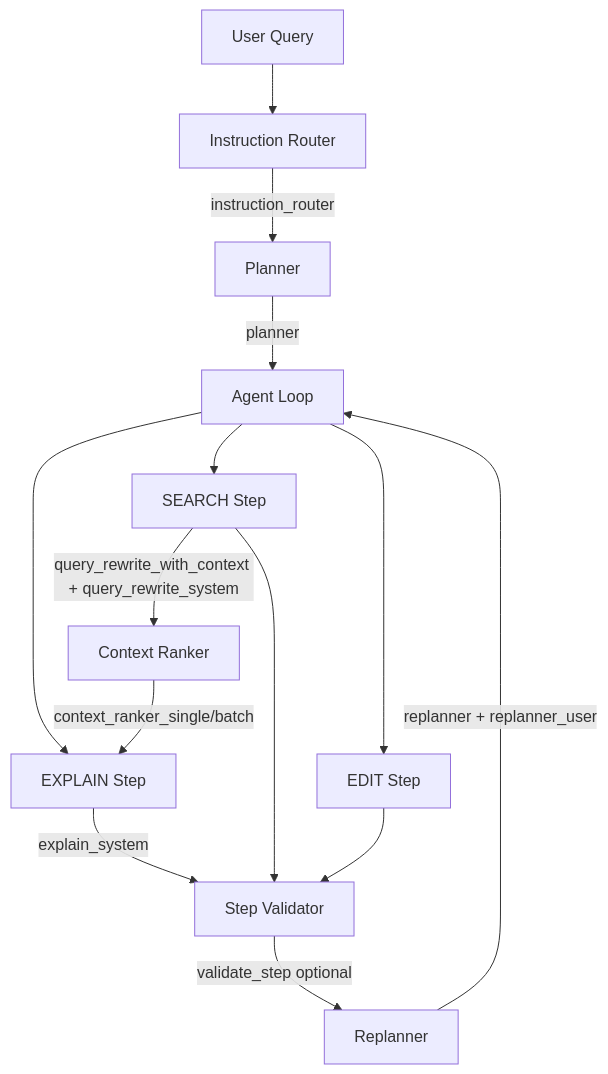
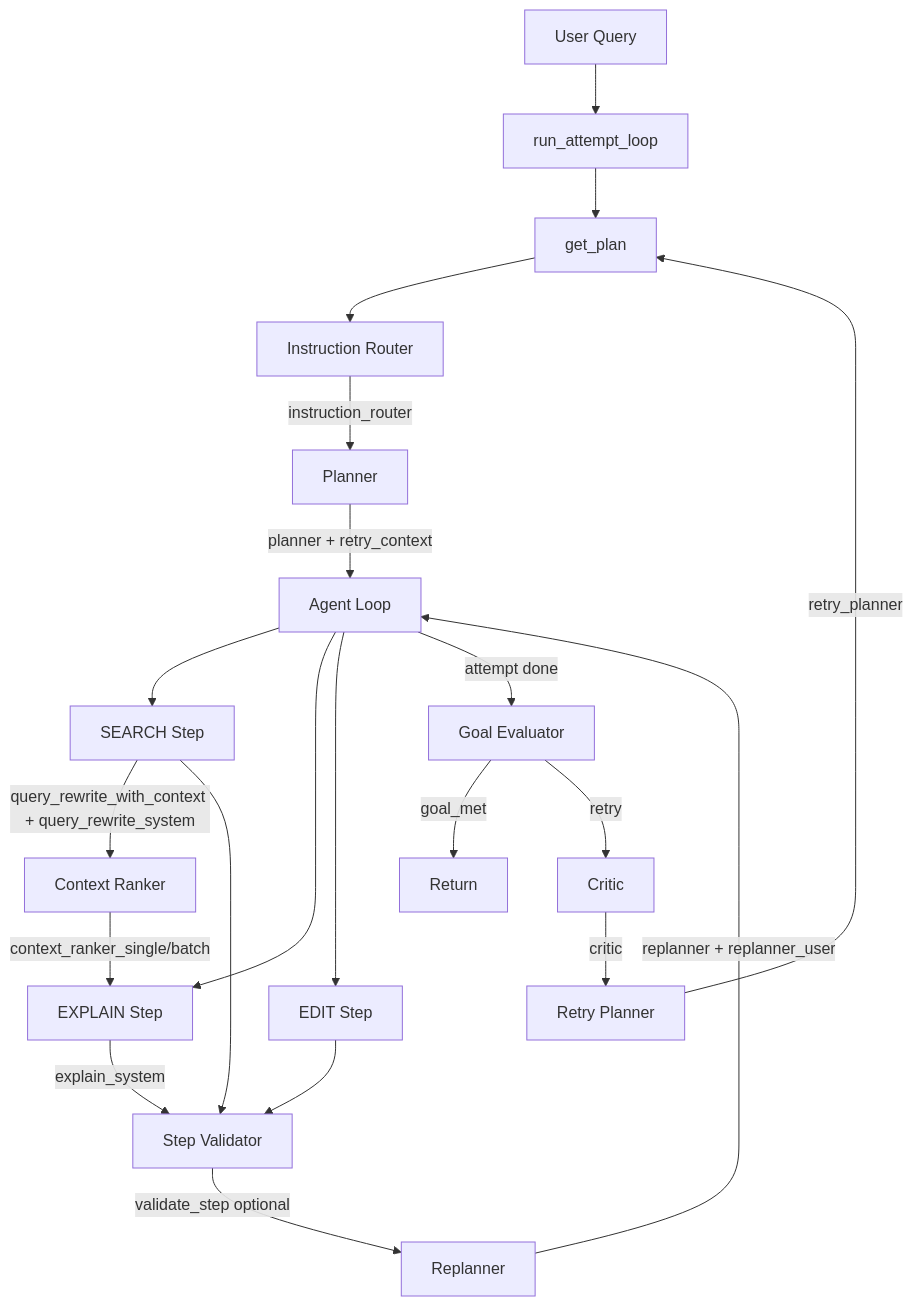
The diagram in Docs/PROMPT_ARCHITECTURE.md (Pugsy-Explores/AutoStudio), drawn with Mermaid before and after one commit. The commit also changed other lines of this file and 3 other files, not shown here.

First line of the commit message:
docs: align Mermaid diagrams with Phase 5 attempt-loop architecture

````diff
--- a/Docs/PROMPT_ARCHITECTURE.md
+++ b/Docs/PROMPT_ARCHITECTURE.md
@@ -141,27 +143,39 @@
 ```mermaid
 flowchart TD
     UserQuery[User Query]
+    AttemptLoop[run_attempt_loop]
+    GetPlan[get_plan]
     Router[Instruction Router]
     Planner[Planner]
     AgentLoop[Agent Loop]
     Search[SEARCH Step]
     Explain[EXPLAIN Step]
     Edit[EDIT Step]
     Validator[Step Validator]
     Replanner[Replanner]
     ContextRanker[Context Ranker]
+    GoalEval[Goal Evaluator]
+    Critic[Critic]
+    RetryPlanner[Retry Planner]
 
-    UserQuery --> Router
+    UserQuery --> AttemptLoop
+    AttemptLoop --> GetPlan
+    GetPlan --> Router
     Router -->|"instruction_router"| Planner
-    Planner -->|"planner"| AgentLoop
+    Planner -->|"planner" + retry_context| AgentLoop
     AgentLoop --> Search
     AgentLoop --> Explain
     AgentLoop --> Edit
     Search -->|"query_rewrite_with_context + query_rewrite_system"| ContextRanker
     ContextRanker -->|"context_ranker_single/batch"| Explain
     Explain -->|"explain_system"| Validator
     Search --> Validator
     Edit --> Validator
     Validator -->|"validate_step optional"| Replanner
     Replanner -->|"replanner + replanner_user"| AgentLoop
+    AgentLoop -->|attempt done| GoalEval
+    GoalEval -->|goal_met| Done[Return]
+    GoalEval -->|retry| Critic
+    Critic -->|"critic"| RetryPlanner
+    RetryPlanner -->|"retry_planner"| GetPlan
 ```
````
